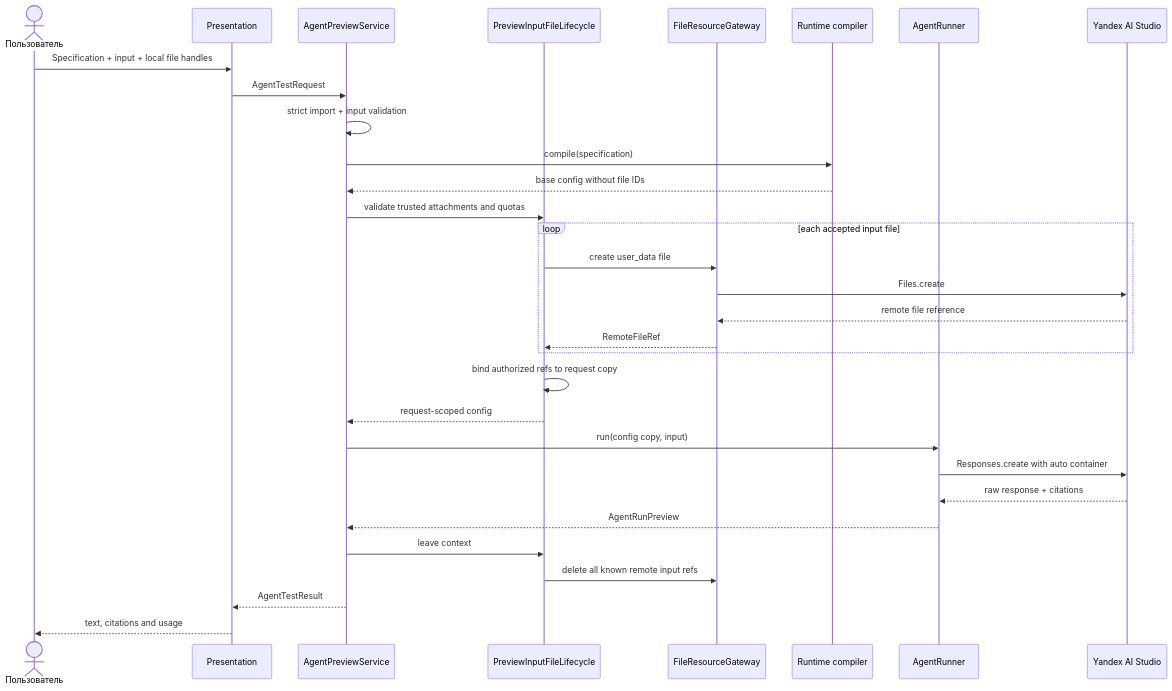
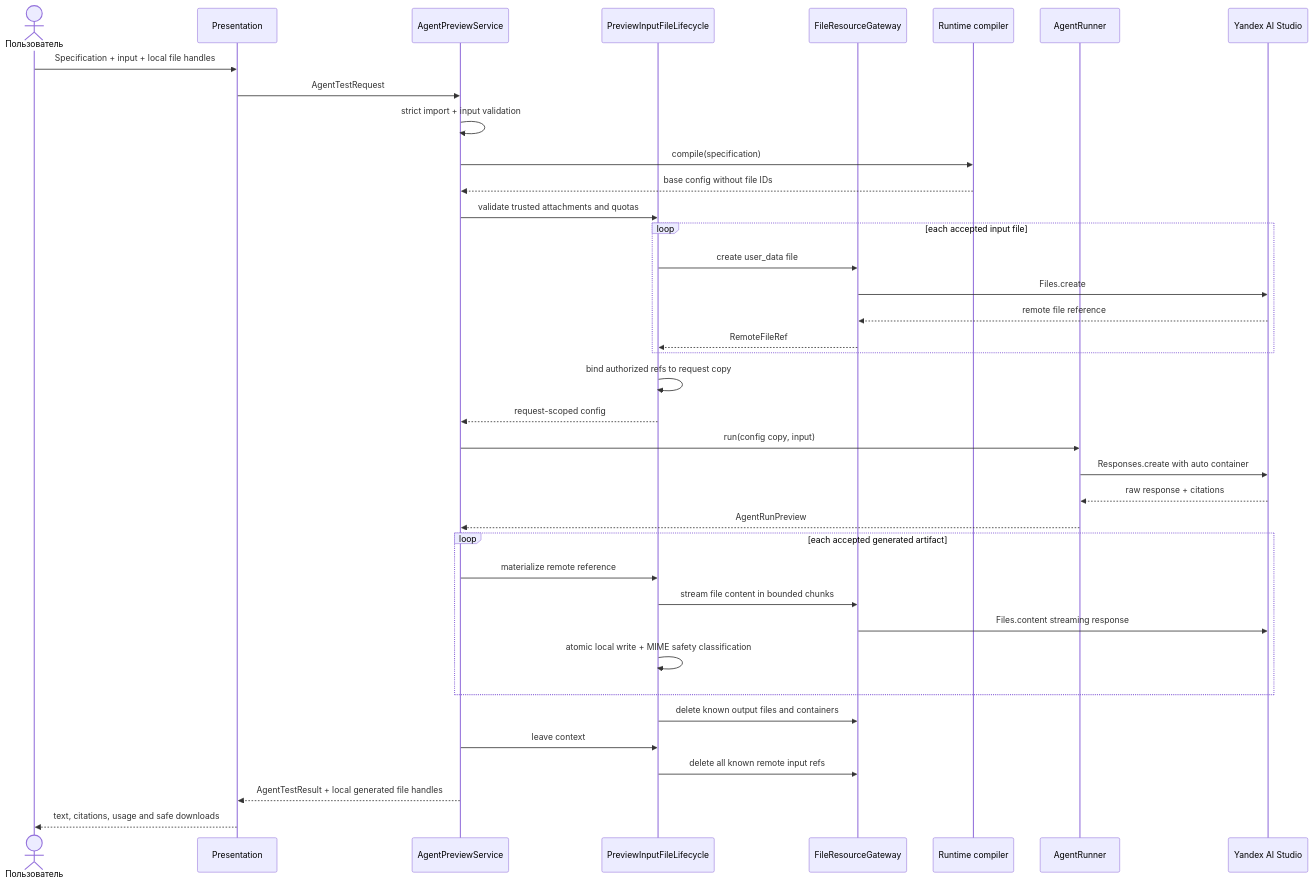
One commit to krevetka-is-afk/llm-agent-for-ai-studio changed the third of 3 diagrams in docs/architecture/sequences.md. Above: the diagram before and after it, drawn with Mermaid. The commit also changed other lines of this file and 25 other files, not shown here.

````diff
--- a/docs/architecture/sequences.md
+++ b/docs/architecture/sequences.md
@@ -64,34 +64,41 @@
 ```mermaid
 sequenceDiagram
     actor User as Пользователь
     participant UI as Presentation
     participant Preview as AgentPreviewService
     participant Files as PreviewInputFileLifecycle
     participant Gateway as FileResourceGateway
     participant Compiler as Runtime compiler
     participant Runner as AgentRunner
     participant API as Yandex AI Studio
 
     User->>UI: Specification + input + local file handles
     UI->>Preview: AgentTestRequest
     Preview->>Preview: strict import + input validation
     Preview->>Compiler: compile(specification)
     Compiler-->>Preview: base config without file IDs
     Preview->>Files: validate trusted attachments and quotas
     loop each accepted input file
         Files->>Gateway: create user_data file
         Gateway->>API: Files.create
         API-->>Gateway: remote file reference
         Gateway-->>Files: RemoteFileRef
     end
     Files->>Files: bind authorized refs to request copy
     Files-->>Preview: request-scoped config
     Preview->>Runner: run(config copy, input)
     Runner->>API: Responses.create with auto container
     API-->>Runner: raw response + citations
     Runner-->>Preview: AgentRunPreview
+    loop each accepted generated artifact
+        Preview->>Files: materialize remote reference
+        Files->>Gateway: stream file content in bounded chunks
+        Gateway->>API: Files.content streaming response
+        Files->>Files: atomic local write + MIME safety classification
+    end
+    Files->>Gateway: delete known output files and containers
     Preview->>Files: leave context
     Files->>Gateway: delete all known remote input refs
-    Preview-->>UI: AgentTestResult
-    UI-->>User: text, citations and usage
+    Preview-->>UI: AgentTestResult + local generated file handles
+    UI-->>User: text, citations, usage and safe downloads
 ```
````
